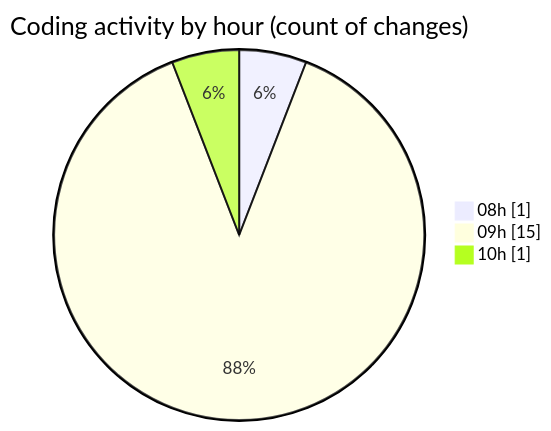
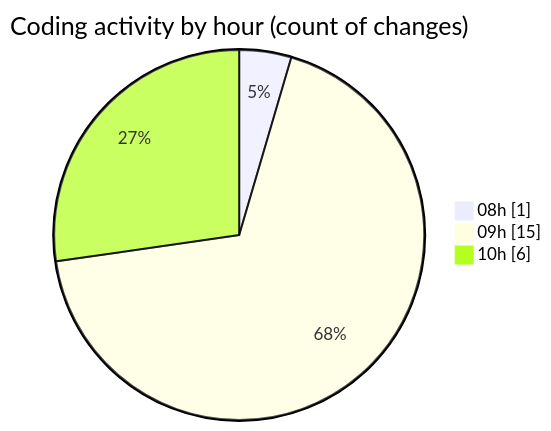
The second of 2 diagrams in 2026-09-15/web/README.md (LanceThiago/code-tracking), drawn with Mermaid before and after one commit. The commit also changed other lines of this file and 1 other file, not shown here.

````diff
--- a/2026-09-15/web/README.md
+++ b/2026-09-15/web/README.md
@@ -32,7 +34,7 @@
 ```mermaid
 pie showData
 title Coding activity by hour (count of changes)
 "08h" : 1
 "09h" : 15
-"10h" : 1
+"10h" : 6
 ```
````
